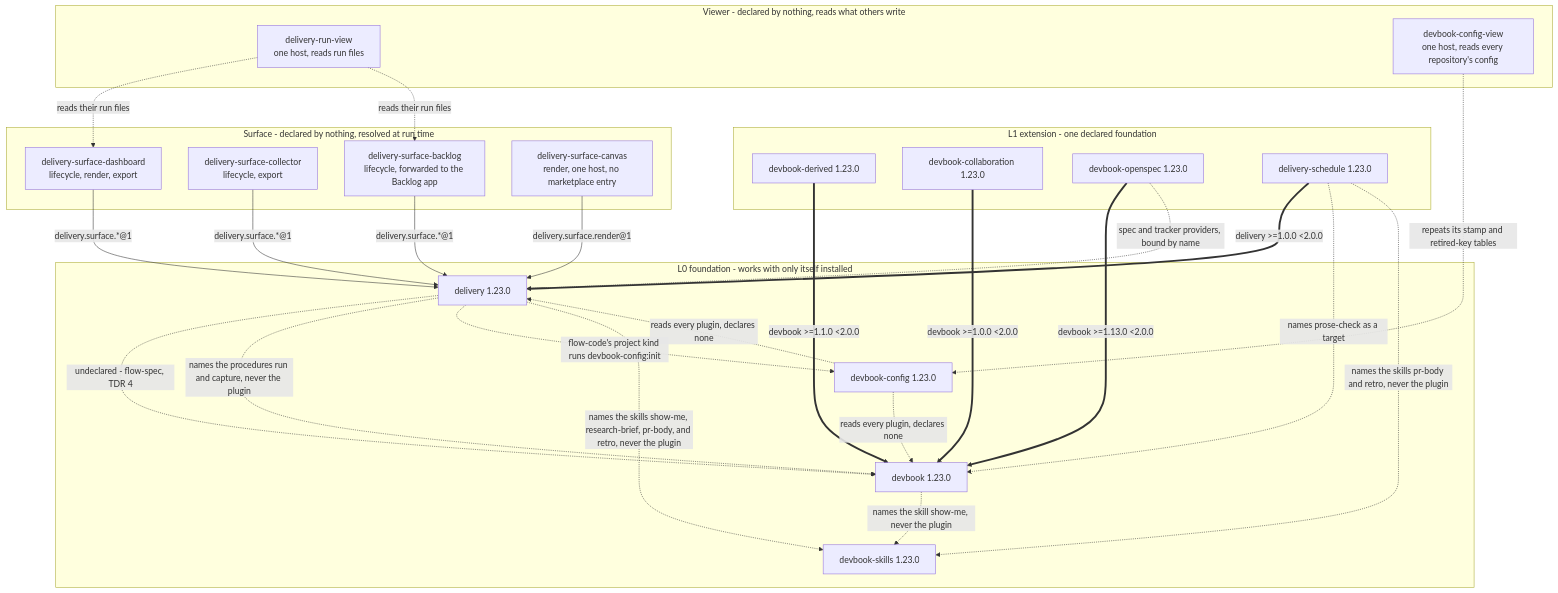
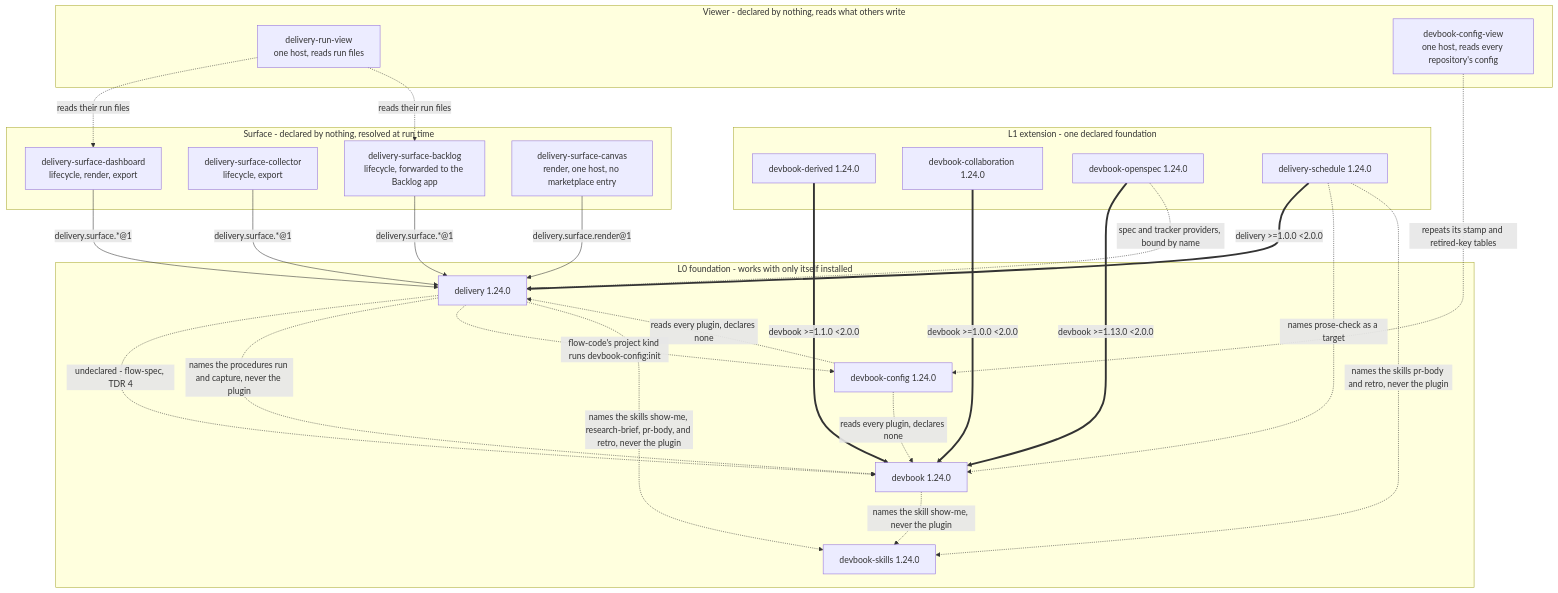
Before and after one commit to JSdotNet/devbook: the first of 3 diagrams in .devbook/arc42/05-building-block-view.md, drawn with Mermaid. The commit also changed 27 other files, not shown here.

````diff
--- a/.devbook/arc42/05-building-block-view.md
+++ b/.devbook/arc42/05-building-block-view.md
@@ -29,52 +29,52 @@
 ```mermaid
 flowchart TB
     subgraph L0["L0 foundation - works with only itself installed"]
-        DEV["devbook 1.23.0"]
-        DEL["delivery 1.23.0"]
-        CFG["devbook-config 1.23.0"]
-        SKL["devbook-skills 1.23.0"]
+        DEV["devbook 1.24.0"]
+        DEL["delivery 1.24.0"]
+        CFG["devbook-config 1.24.0"]
+        SKL["devbook-skills 1.24.0"]
     end
 
     subgraph L1["L1 extension - one declared foundation"]
-        DBD["devbook-derived 1.23.0"]
-        DBC["devbook-collaboration 1.23.0"]
-        DOS["devbook-openspec 1.23.0"]
-        SCH["delivery-schedule 1.23.0"]
+        DBD["devbook-derived 1.24.0"]
+        DBC["devbook-collaboration 1.24.0"]
+        DOS["devbook-openspec 1.24.0"]
+        SCH["delivery-schedule 1.24.0"]
     end
 
     subgraph SURF["Surface - declared by nothing, resolved at run time"]
         SD["delivery-surface-dashboard<br/>lifecycle, render, export"]
         SL["delivery-surface-collector<br/>lifecycle, export"]
         SB["delivery-surface-backlog<br/>lifecycle, forwarded to the Backlog app"]
         SC["delivery-surface-canvas<br/>render, one host, no marketplace entry"]
     end
 
     subgraph VIEW["Viewer - declared by nothing, reads what others write"]
         RV["delivery-run-view<br/>one host, reads run files"]
         CV["devbook-config-view<br/>one host, reads every repository's config"]
     end
 
     DBD ==>|"devbook >=1.1.0 &lt;2.0.0"| DEV
     DBC ==>|"devbook >=1.0.0 &lt;2.0.0"| DEV
     DOS ==>|"devbook >=1.13.0 &lt;2.0.0"| DEV
     SCH ==>|"delivery >=1.0.0 &lt;2.0.0"| DEL
 
     SD -->|"delivery.surface.*@1"| DEL
     SL -->|"delivery.surface.*@1"| DEL
     SB -->|"delivery.surface.*@1"| DEL
     SC -->|"delivery.surface.render@1"| DEL
     RV -.->|"reads their run files"| SD
     RV -.->|"reads their run files"| SB
     CV -.->|"repeats its stamp and retired-key tables"| CFG
 
     SCH -.->|"names prose-check as a target"| DEV
     DEL -.->|"undeclared - flow-spec, TDR 4"| DEV
     DEL -.->|"names the procedures run and capture, never the plugin"| DEV
     CFG -.->|"reads every plugin, declares none"| DEV
     CFG -.->|"reads every plugin, declares none"| DEL
     DEL -.->|"flow-code's project kind runs devbook-config:init"| CFG
     DOS -.->|"spec and tracker providers, bound by name"| DEL
     DEV -.->|"names the skill show-me, never the plugin"| SKL
     DEL -.->|"names the skills show-me, research-brief, pr-body, and retro, never the plugin"| SKL
     SCH -.->|"names the skills pr-body and retro, never the plugin"| SKL
 ```
````
